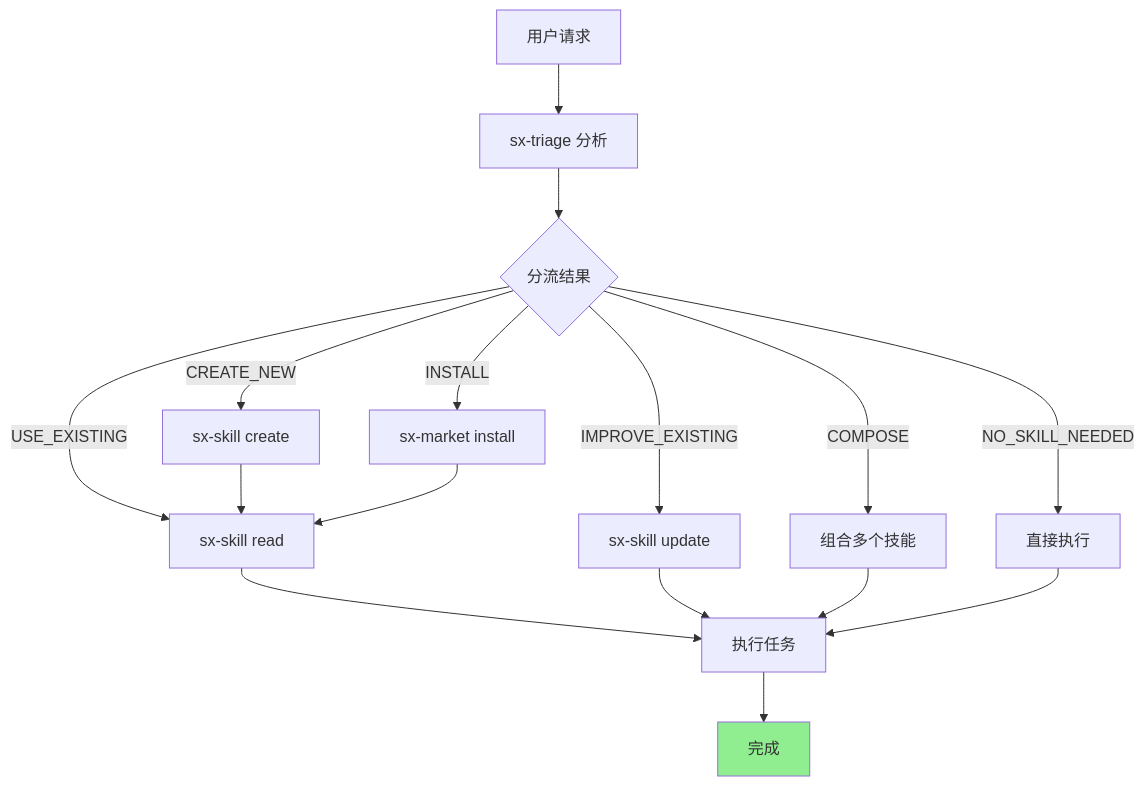
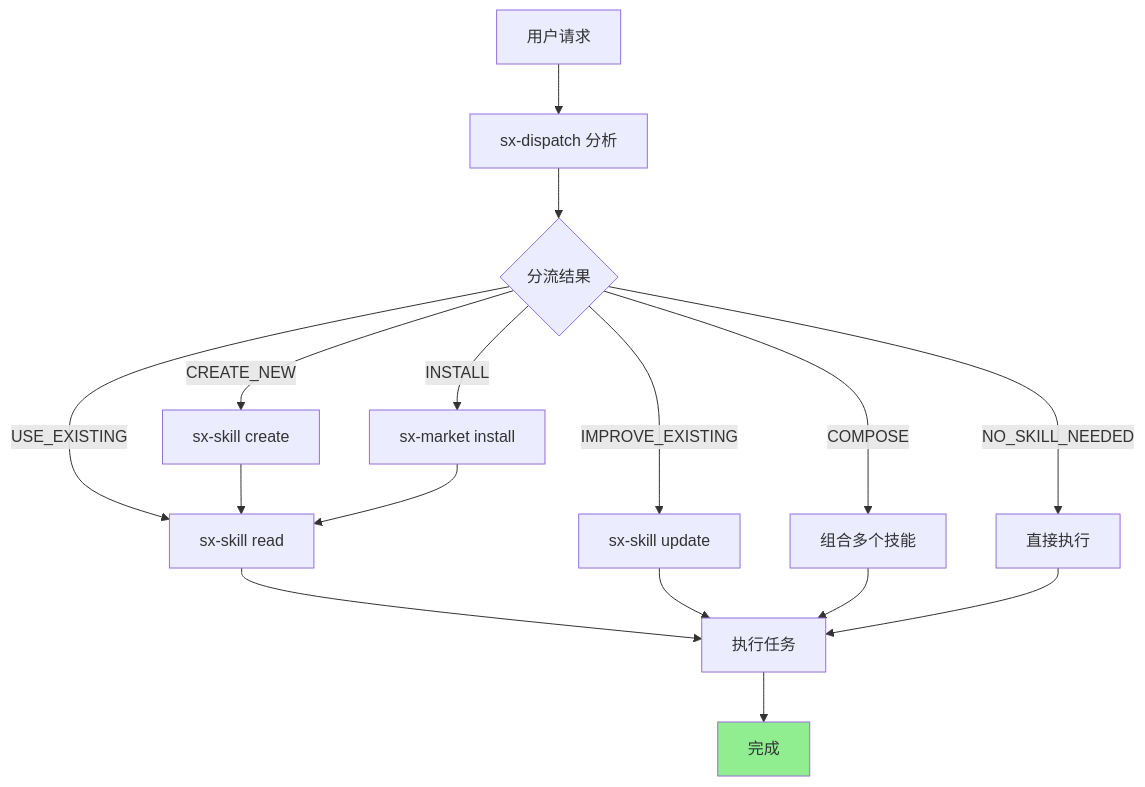
Before and after one commit to shetengteng/skillix-mcp: diagram 20 of 22 in design/02-设计/20260114-09-sx-triage设计.md, drawn with Mermaid. The commit also changed other lines of this file and 32 other files, not shown here.

````diff
--- a/design/02-设计/20260114-09-sx-triage设计.md
+++ b/design/02-设计/20260114-09-sx-triage设计.md
@@ -483,24 +483,24 @@
 ```mermaid
 flowchart TD
-    A[用户请求] --> B[sx-triage 分析]
+    A[用户请求] --> B[sx-dispatch 分析]
     
     B --> C{分流结果}
     
     C -->|USE_EXISTING| D[sx-skill read]
     C -->|IMPROVE_EXISTING| E[sx-skill update]
     C -->|CREATE_NEW| F[sx-skill create]
     C -->|INSTALL| G[sx-market install]
     C -->|COMPOSE| H[组合多个技能]
     C -->|NO_SKILL_NEEDED| I[直接执行]
     
     D --> J[执行任务]
     E --> J
     F --> D
     G --> D
     H --> J
     I --> J
     
     J --> K[完成]
     
     style K fill:#90EE90
 ```
````
